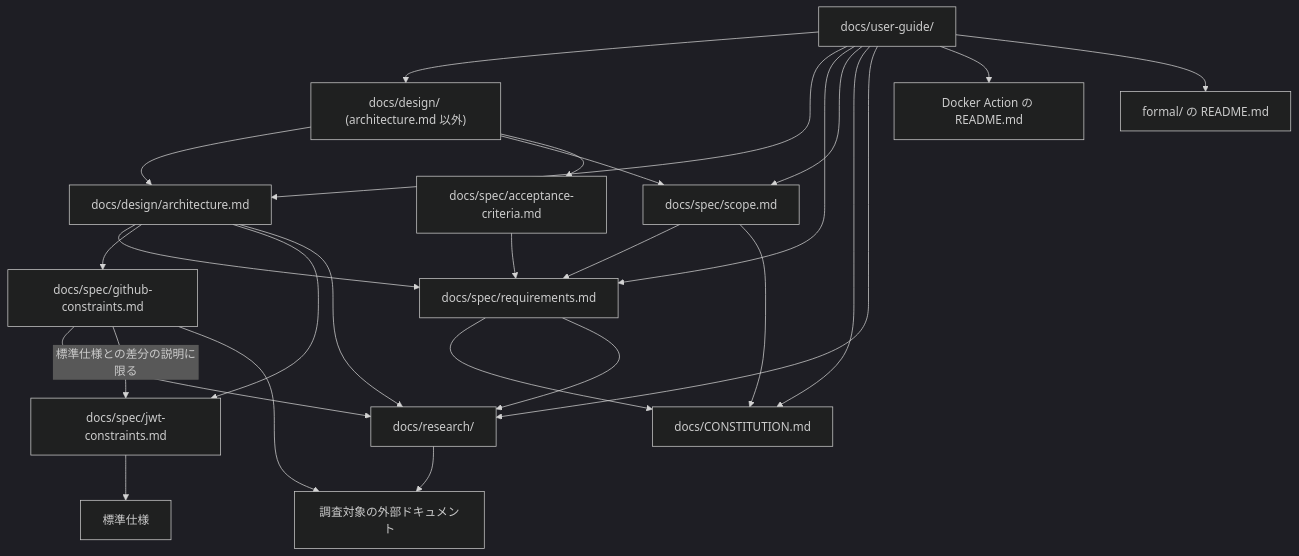
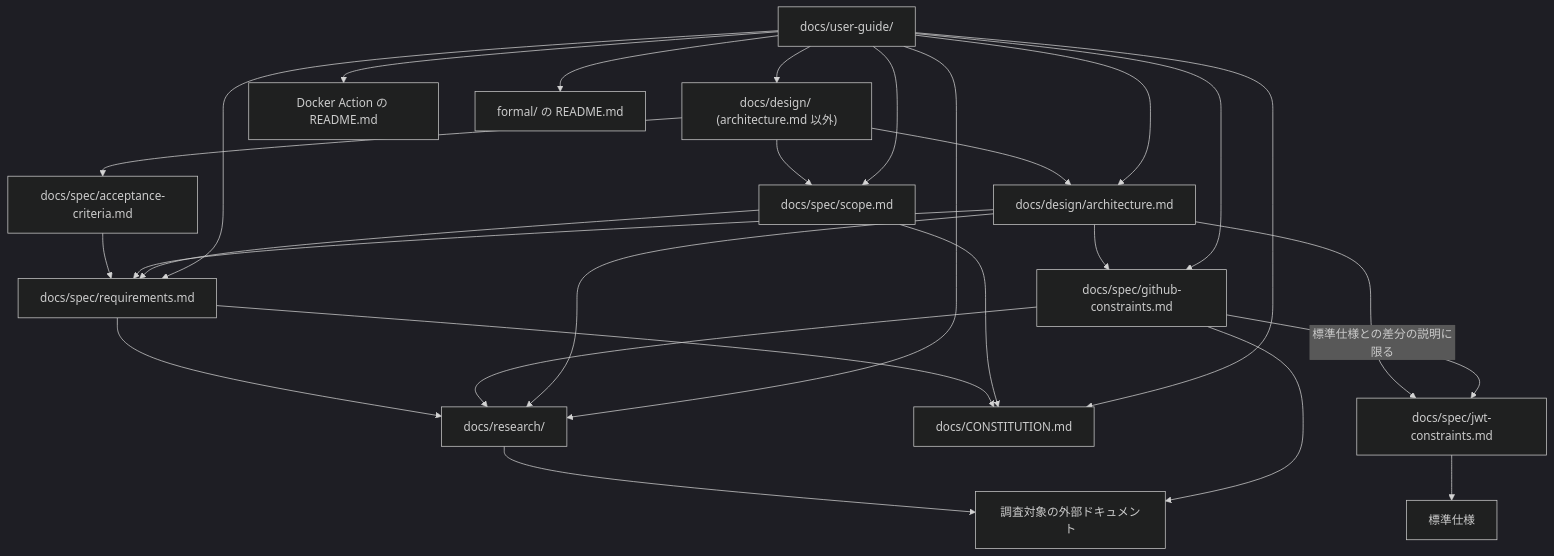
The first of 3 diagrams in docs/contributing/docs-policy.md (tmknom/gates), drawn with Mermaid (dark theme) before and after one commit. The commit also changed other lines of this file and 7 other files, not shown here.

````diff
--- a/docs/contributing/docs-policy.md
+++ b/docs/contributing/docs-policy.md
@@ -25,28 +25,29 @@
 ```mermaid
 flowchart TD
     design["docs/design/ (architecture.md 以外)"] --> architecture["docs/design/architecture.md"]
     design --> scope["docs/spec/scope.md"]
     design --> acceptance["docs/spec/acceptance-criteria.md"]
     acceptance --> requirements
     architecture --> requirements["docs/spec/requirements.md"]
     architecture --> github["docs/spec/github-constraints.md"]
     architecture --> jwt["docs/spec/jwt-constraints.md"]
     scope --> requirements
     requirements --> constitution["docs/CONSTITUTION.md"]
     scope --> constitution
     requirements --> research["docs/research/"]
     github --> research
     github -->|標準仕様との差分の説明に限る| jwt
     architecture --> research
     jwt --> standards["標準仕様"]
     research --> external["調査対象の外部ドキュメント"]
     github --> external
     guide["docs/user-guide/"] --> design
     guide --> architecture
     guide --> requirements
     guide --> scope
+    guide --> github
     guide --> constitution
     guide --> research
     guide --> action["Docker Action の README.md"]
     guide --> formal["formal/ の README.md"]
 ```
````
